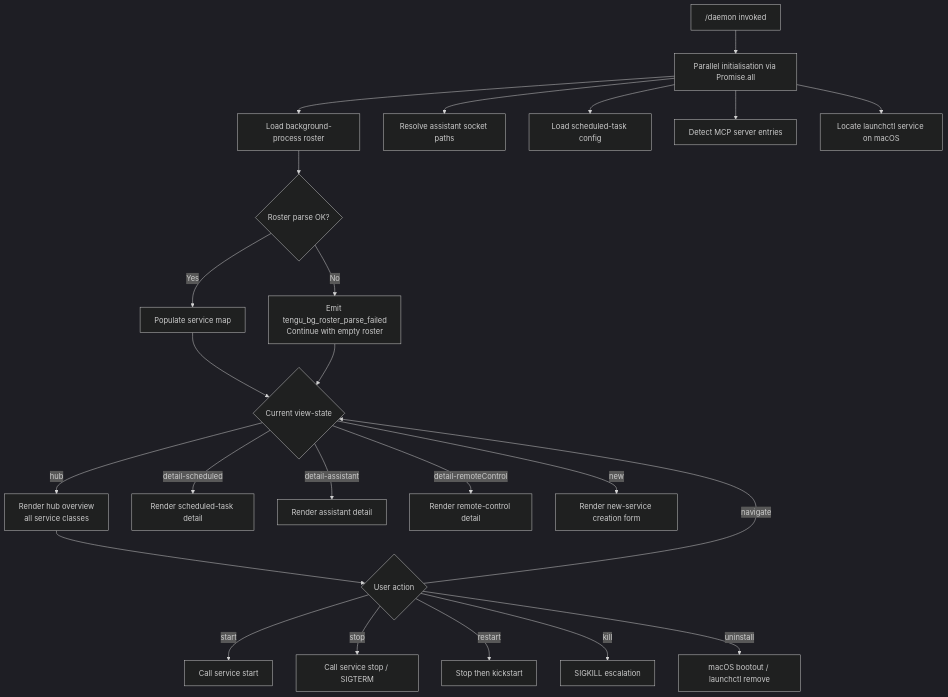
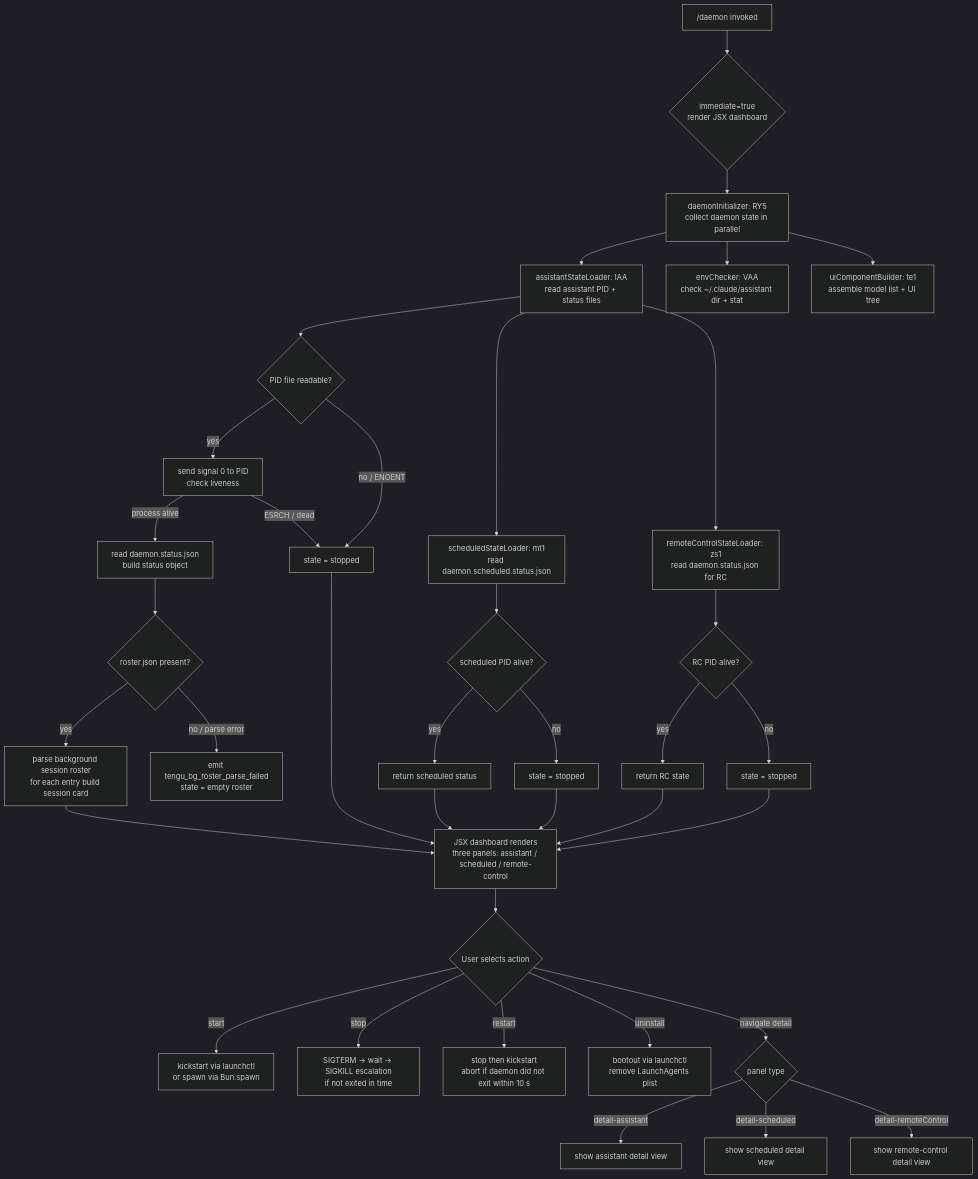
One commit to MyLittleLuckyDog/cc-gnothi changed the diagram in versions/v2.1.158/daemon.md. Above: the diagram before and after it, drawn with Mermaid (dark theme). The commit also changed other lines of this file and 593 other files, not shown here.

````diff
--- a/versions/v2.1.158/daemon.md
+++ b/versions/v2.1.158/daemon.md
@@ -47,30 +55,46 @@
 ```mermaid
 flowchart TD
-    A["/daemon invoked"] --> B[Parallel initialisation via Promise.all]
-    B --> C[Load background-process roster]
-    B --> D[Resolve assistant socket paths]
-    B --> E[Load scheduled-task config]
-    B --> F[Detect MCP server entries]
-    B --> G[Locate launchctl service on macOS]
+    A["/daemon invoked"] --> B{immediate=true\nrender JSX dashboard}
+    B --> C[daemonInitializer: RY5\ncollect daemon state in parallel]
+    C --> D[assistantStateLoader: IAA\nread assistant PID + status files]
+    C --> E[envChecker: VAA\ncheck ~/.claude/assistant dir + stat]
+    C --> F[uiComponentBuilder: te1\nassemble model list + UI tree]
 
-    C --> H{Roster parse OK?}
-    H -- Yes --> I[Populate service map]
-    H -- No --> J[Emit tengu_bg_roster_parse_failed\nContinue with empty roster]
+    D --> G{PID file readable?}
+    G -->|yes| H[send signal 0 to PID\ncheck liveness]
+    G -->|no / ENOENT| I[state = stopped]
 
-    I --> K{Current view-state}
-    J --> K
+    H -->|process alive| J[read daemon.status.json\nbuild status object]
+    H -->|ESRCH / dead| I
 
-    K -- hub --> L[Render hub overview\nall service classes]
-    K -- detail-scheduled --> M[Render scheduled-task detail]
-    K -- detail-assistant --> N[Render assistant detail]
-    K -- detail-remoteControl --> O[Render remote-control detail]
-    K -- new --> P[Render new-service creation form]
+    J --> K{roster.json present?}
+    K -->|yes| L[parse background session roster\nfor each entry build session card]
+    K -->|no / parse error| M[emit tengu_bg_roster_parse_failed\nstate = empty roster]
 
-    L --> Q{User action}
-    Q -- start --> R[Call service start]
-    Q -- stop --> S[Call service stop / SIGTERM]
-    Q -- restart --> T[Stop then kickstart]
-    Q -- kill --> U[SIGKILL escalation]
-    Q -- uninstall --> V[macOS bootout / launchctl remove]
-    Q -- navigate --> K
+    D --> N[scheduledStateLoader: mt1\nread daemon.scheduled.status.json]
+    N --> O{scheduled PID alive?}
+    O -->|yes| P[return scheduled status]
+    O -->|no| Q[state = stopped]
+
+    D --> R[remoteControlStateLoader: zs1\nread daemon.status.json for RC]
+    R --> S{RC PID alive?}
+    S -->|yes| T[return RC state]
+    S -->|no| Q2[state = stopped]
+
+    L --> U[JSX dashboard renders\nthree panels: assistant / scheduled / remote-control]
+    I --> U
+    P --> U
+    Q --> U
+    T --> U
+    Q2 --> U
+
+    U --> V{User selects action}
+    V -->|start| W[kickstart via launchctl\nor spawn via Bun.spawn]
+    V -->|stop| X[SIGTERM → wait → SIGKILL escalation\nif not exited in time]
+    V -->|restart| Y[stop then kickstart\nabort if daemon did not exit within 10 s]
+    V -->|uninstall| Z[bootout via launchctl\nremove LaunchAgents plist]
+    V -->|navigate detail| AA{panel type}
+    AA -->|detail-assistant| AB[show assistant detail view]
+    AA -->|detail-scheduled| AC[show scheduled detail view]
+    AA -->|detail-remoteControl| AD[show remote-control detail view]
 ```
````
